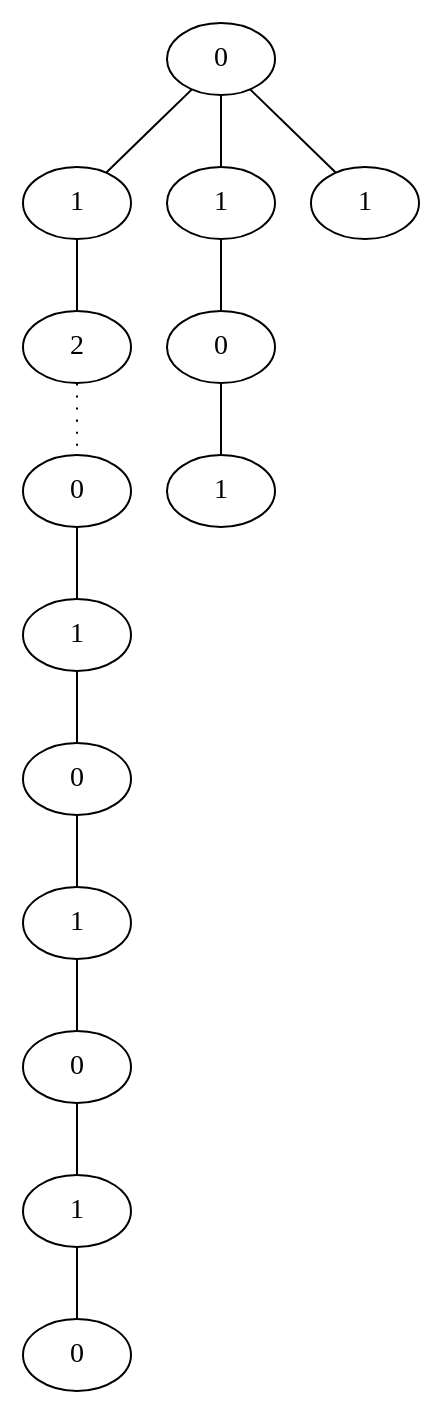
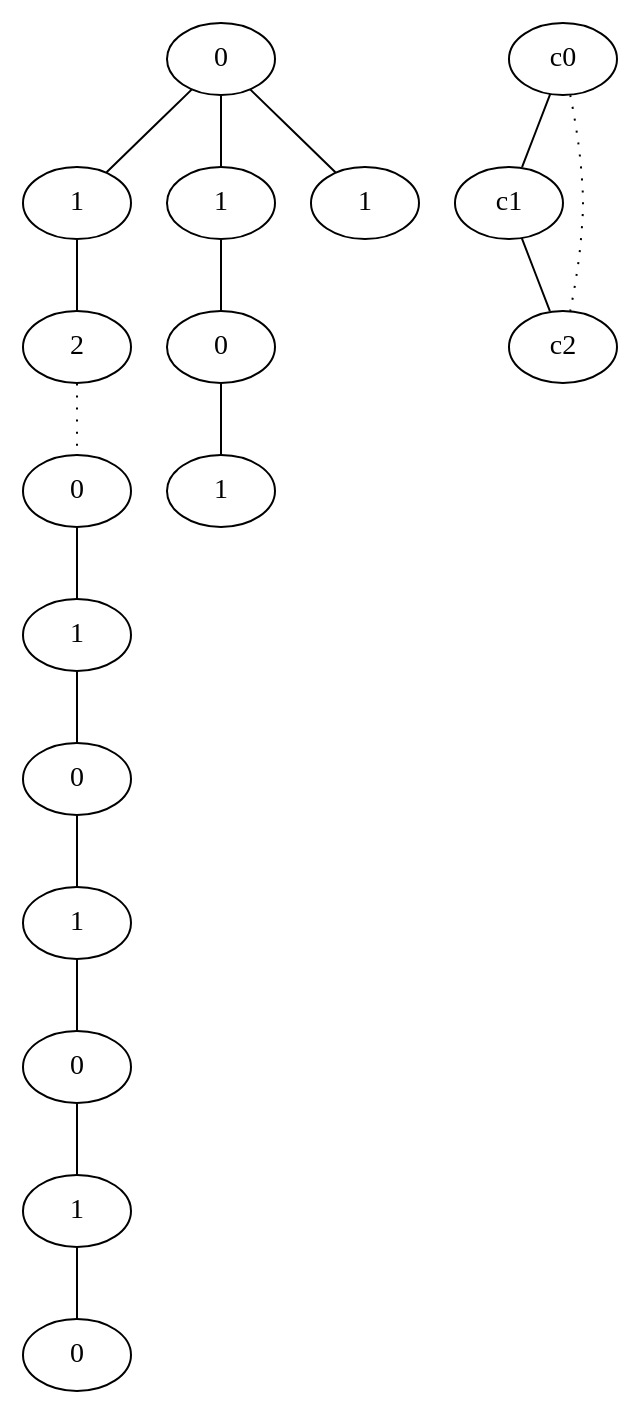
Before and after one commit to d1laj/Stage-M2: the diagram in TestPathsfactorised/result/dot/3starpath_14_3_tc_1_3_9.dot, drawn with Graphviz. The commit also changed 7499 other files, not shown here.

```diff
--- a/TestPathsfactorised/result/dot/3starpath_14_3_tc_1_3_9.dot
+++ b/TestPathsfactorised/result/dot/3starpath_14_3_tc_1_3_9.dot
@@ -1,29 +1,32 @@
 graph {
 a0[label=0];
 a1[label=1];
 a2[label=2];
 a3[label=0];
 a4[label=1];
 a5[label=0];
 a6[label=1];
 a7[label=0];
 a8[label=1];
 a9[label=0];
 a10[label=1];
 a11[label=0];
 a12[label=1];
 a13[label=1];
 a0 -- a1;
 a0 -- a10;
 a0 -- a13;
 a1 -- a2;
 a2 -- a3 [style=dotted];
 a3 -- a4;
 a4 -- a5;
 a5 -- a6;
 a6 -- a7;
 a7 -- a8;
 a8 -- a9;
 a10 -- a11;
 a11 -- a12;
+c0 -- c1;
+c0 -- c2 [style=dotted];
+c1 -- c2;
 }
```
